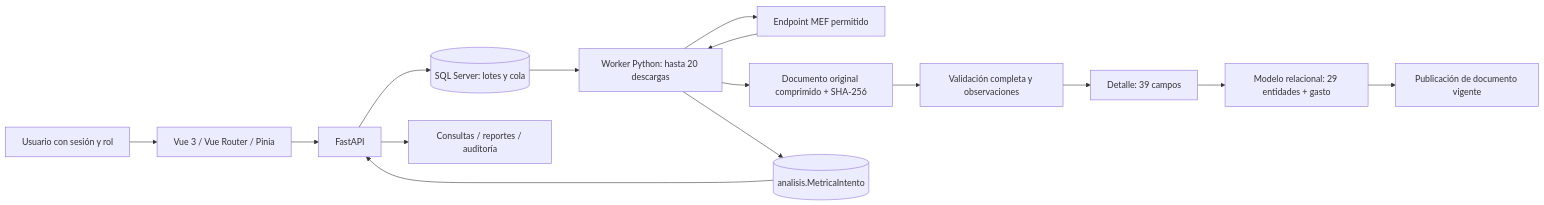
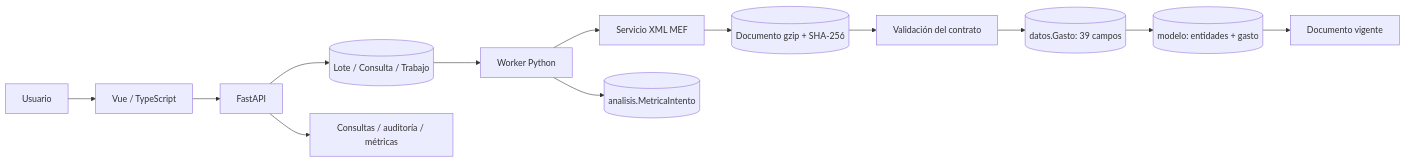
Before and after one commit to gsreyes17/ProInXML: the diagram in docs/ARQUITECTURA.md, drawn with Mermaid. The commit also changed other lines of this file and 66 other files, not shown here.

````diff
--- a/docs/ARQUITECTURA.md
+++ b/docs/ARQUITECTURA.md
@@ -7,17 +5,15 @@
 ```mermaid
 flowchart LR
-    U[Usuario con sesión y rol] --> UI[Vue 3 / Vue Router / Pinia]
-    UI --> API[FastAPI]
-    API --> Q[(SQL Server: lotes y cola)]
-    Q --> W[Worker Python: hasta 20 descargas]
-    W --> MEF[Endpoint MEF permitido]
-    MEF --> W
-    W --> O[Documento original comprimido + SHA-256]
-    O --> V[Validación completa y observaciones]
-    V --> D[Detalle: 39 campos]
-    D --> M[Modelo relacional: 29 entidades + gasto]
-    M --> P[Publicación de documento vigente]
-    API --> C[Consultas / reportes / auditoría]
-    W --> T[(analisis.MetricaIntento)]
-    T --> API
+    Usuario --> Vue[Vue / TypeScript]
+    Vue --> API[FastAPI]
+    API --> Cola[(Lote / Consulta / Trabajo)]
+    Cola --> Worker[Worker Python]
+    Worker --> MEF[Servicio XML MEF]
+    MEF --> Original[(Documento gzip + SHA-256)]
+    Original --> Validacion[Validación del contrato]
+    Validacion --> Detalle[(datos.Gasto: 39 campos)]
+    Detalle --> Modelo[(modelo: entidades + gasto)]
+    Modelo --> Publicacion[Documento vigente]
+    Worker --> Metricas[(analisis.MetricaIntento)]
+    API --> Lecturas[Consultas / auditoría / métricas]
 ```
````
